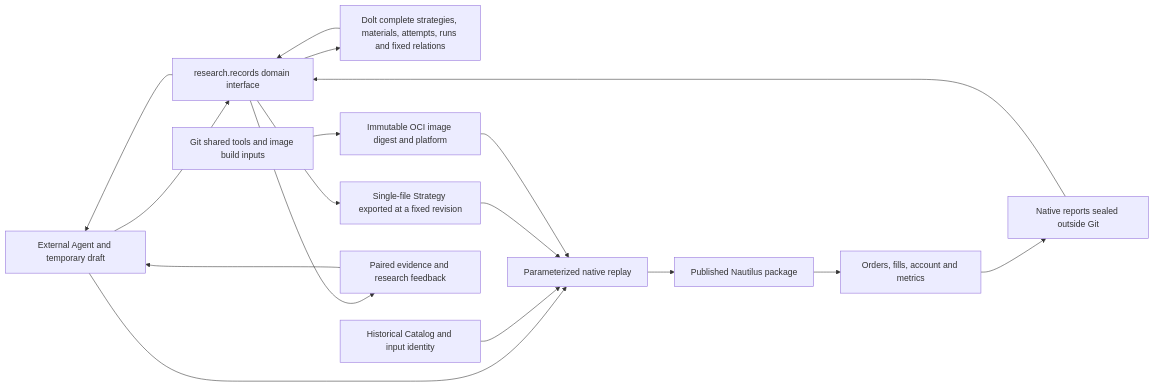
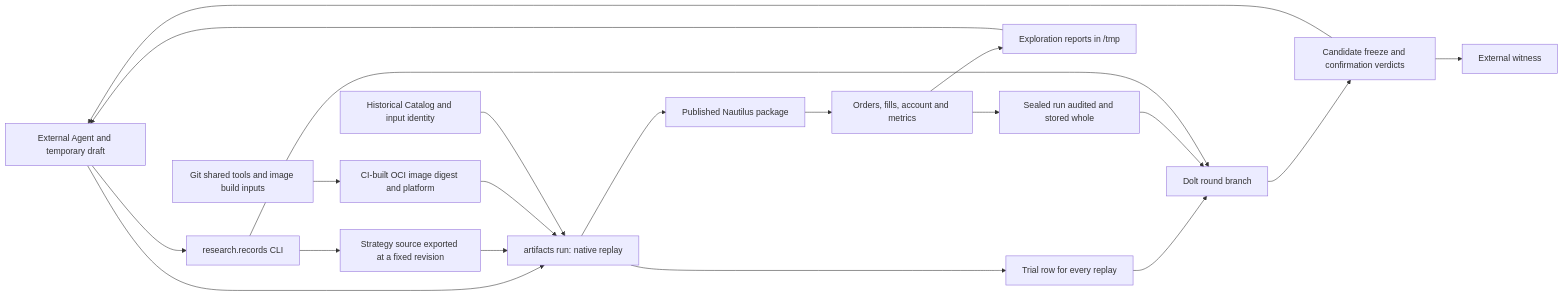
One commit to qOeOp/trade changed the diagram in docs/architecture.md. Above: the diagram before and after it, drawn with Mermaid. The commit also changed other lines of this file and 82 other files, not shown here.

First line of the commit message:
refactor(records)!: store research rounds, runs and verdicts in a typed dolt ledger

````diff
--- a/docs/architecture.md
+++ b/docs/architecture.md
@@ -18,19 +18,22 @@
 ```mermaid
 flowchart LR
-  A[External Agent and temporary draft] --> Q[research.records domain interface]
-  Q --> L[Dolt complete strategies, materials, attempts, runs and fixed relations]
-  L --> Q
-  Q --> A
-  Q --> S[Single-file Strategy exported at a fixed revision]
-  G[Git shared tools and image build inputs] --> I[Immutable OCI image digest and platform]
-  A --> R[Parameterized native replay]
+  A[External Agent and temporary draft] --> Q[research.records CLI]
+  Q --> S[Strategy source exported at a fixed revision]
+  A --> R[artifacts run: native replay]
+  S --> R
+  G[Git shared tools and image build inputs] --> I[CI-built OCI image digest and platform]
+  I --> R
   D[Historical Catalog and input identity] --> R
-  S --> R
-  I --> R
+  R --> T[Trial row for every replay]
   R --> N[Published Nautilus package]
   N --> E[Orders, fills, account and metrics]
-  E --> C[Native reports sealed outside Git]
-  C --> Q
-  Q --> F[Paired evidence and research feedback]
+  E --> X["Exploration reports in /tmp"]
+  E --> U[Sealed run audited and stored whole]
+  T --> L[Dolt round branch]
+  U --> L
+  Q --> L
+  L --> F[Candidate freeze and confirmation verdicts]
+  F --> W[External witness]
   F --> A
+  X --> A
 ```
````
